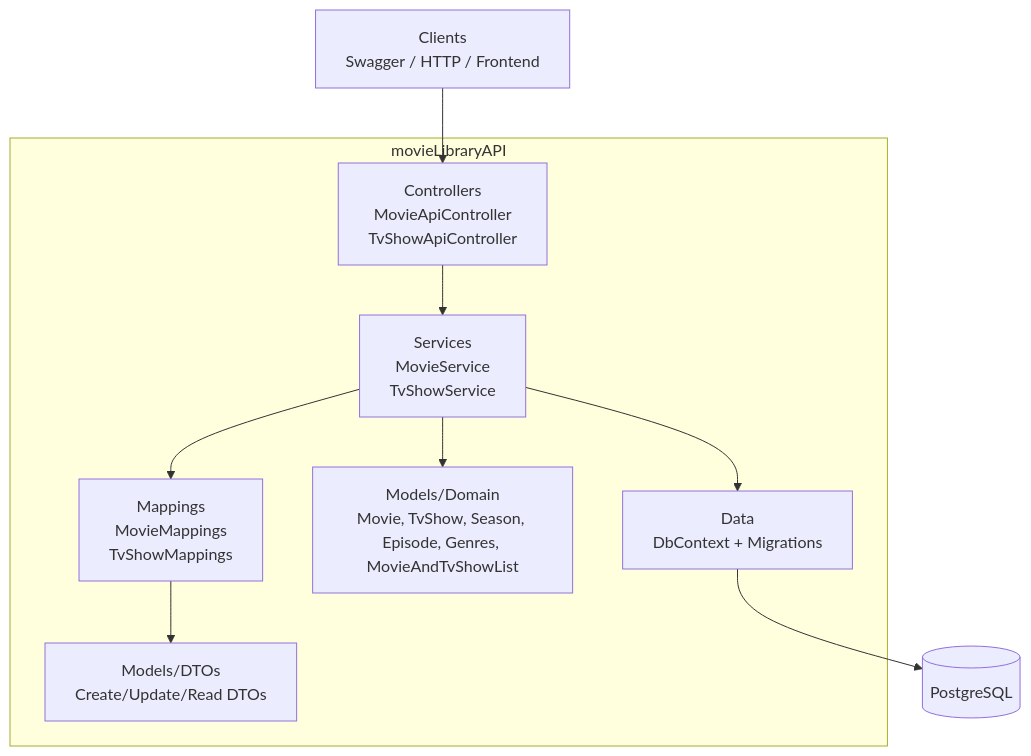
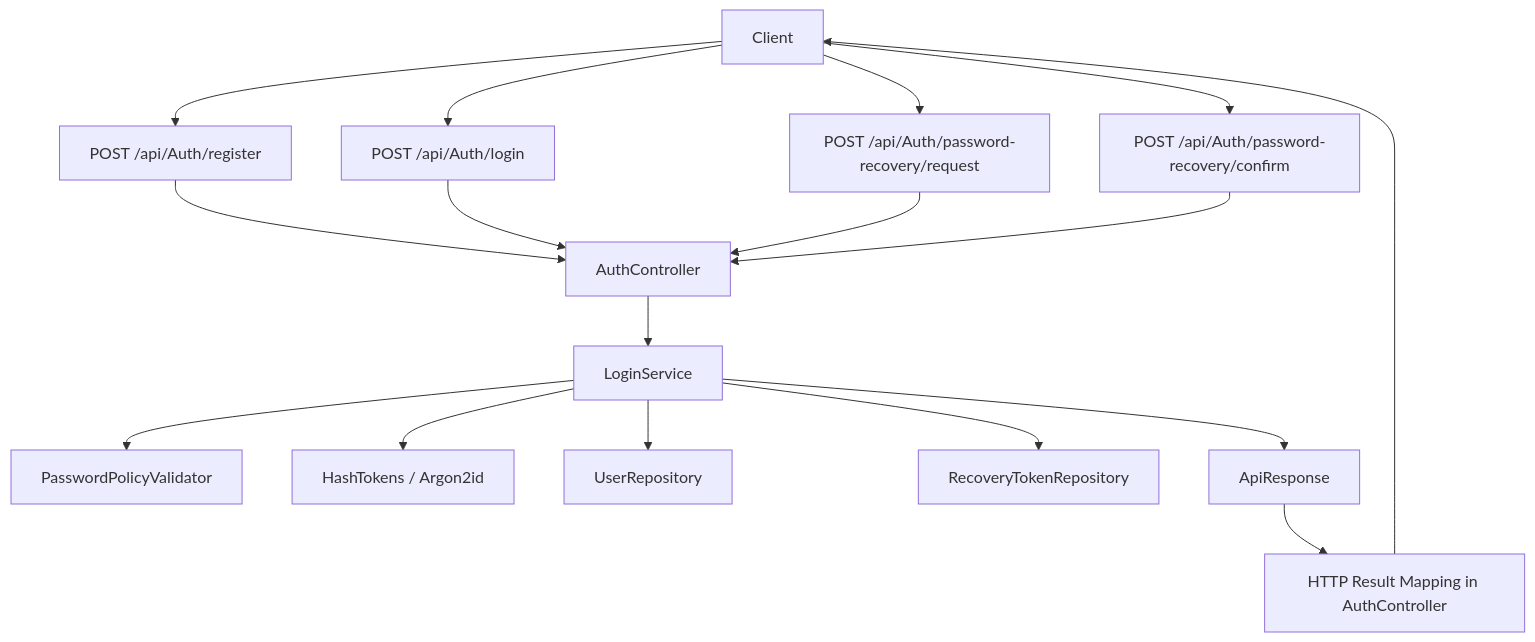
The diagram in README.md (Lindgard/movieLibrary), drawn with Mermaid before and after one commit. The commit also changed other lines of this file, not shown here.

Commit message:
Modified project structure, current status and implemented features. Added flowchart for Authentication flow as well as a description of the endpoints for authentication

````diff
--- a/README.md
+++ b/README.md
@@ -50,19 +76,22 @@
 ```mermaid
-  flowchart TD
-    A[Clients<br/>Swagger / HTTP / Frontend] --> B[Controllers]
-    B --> C[Services]
-    C --> D[Mappings]
-    D --> E[DTOs]
-    C --> F[Domain Models]
-    C --> G[MovieLibraryDbContext]
-    G --> H[(PostgreSQL)]
-    
-    subgraph API["movieLibraryAPI"]
-        B[Controllers<br/>MovieApiController<br/>TvShowApiController]
-        C[Services<br/>MovieService<br/>TvShowService]
-        D[Mappings<br/>MovieMappings<br/>TvShowMappings]
-        E[Models/DTOs<br/>Create/Update/Read DTOs]
-        F[Models/Domain<br/>Movie, TvShow, Season, Episode, Genres, MovieAndTvShowList]
-        G[Data<br/>DbContext + Migrations]
-    end
+flowchart TD
+    A[Client] --> B[POST /api/Auth/register]
+    A --> C[POST /api/Auth/login]
+    A --> D[POST /api/Auth/password-recovery/request]
+    A --> E[POST /api/Auth/password-recovery/confirm]
+
+    B --> F[AuthController]
+    C --> F
+    D --> F
+    E --> F
+
+    F --> G[LoginService]
+    G --> H[PasswordPolicyValidator]
+    G --> I[HashTokens / Argon2id]
+    G --> J[UserRepository]
+    G --> K[RecoveryTokenRepository]
+
+    G --> L[ApiResponse<T>]
+    L --> M[HTTP Result Mapping in AuthController]
+    M --> A
 ```
````
